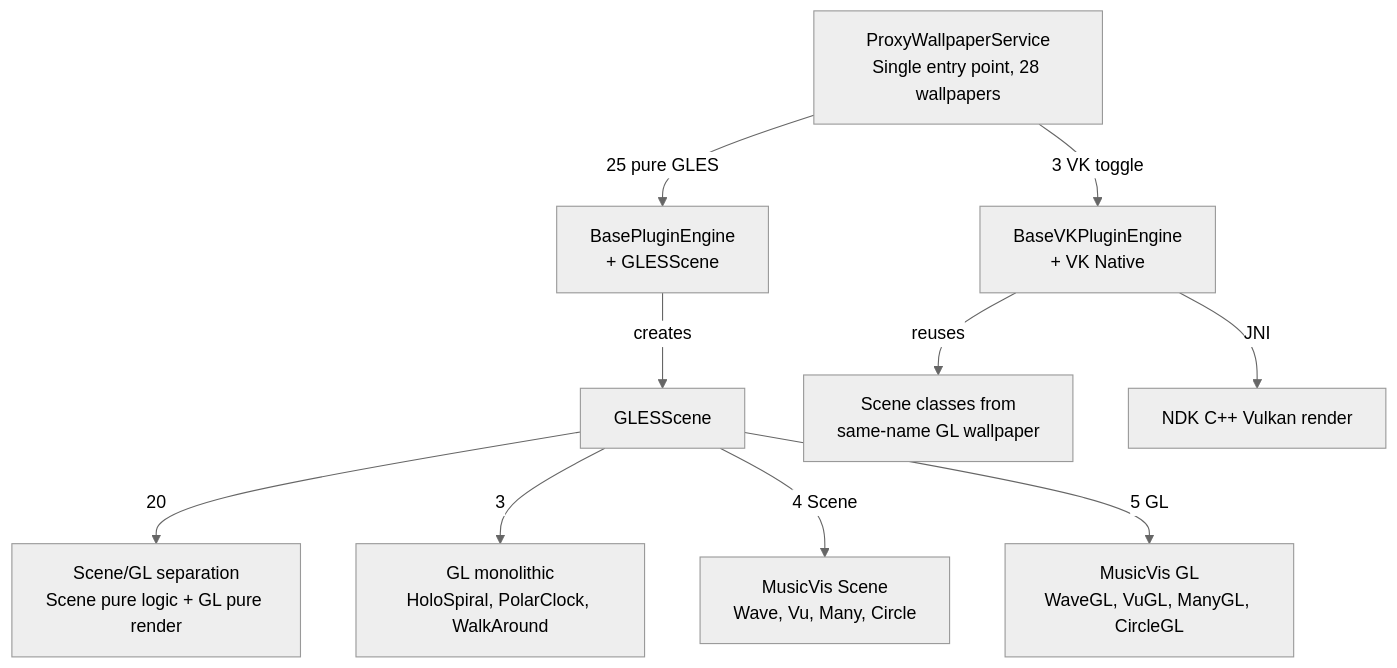
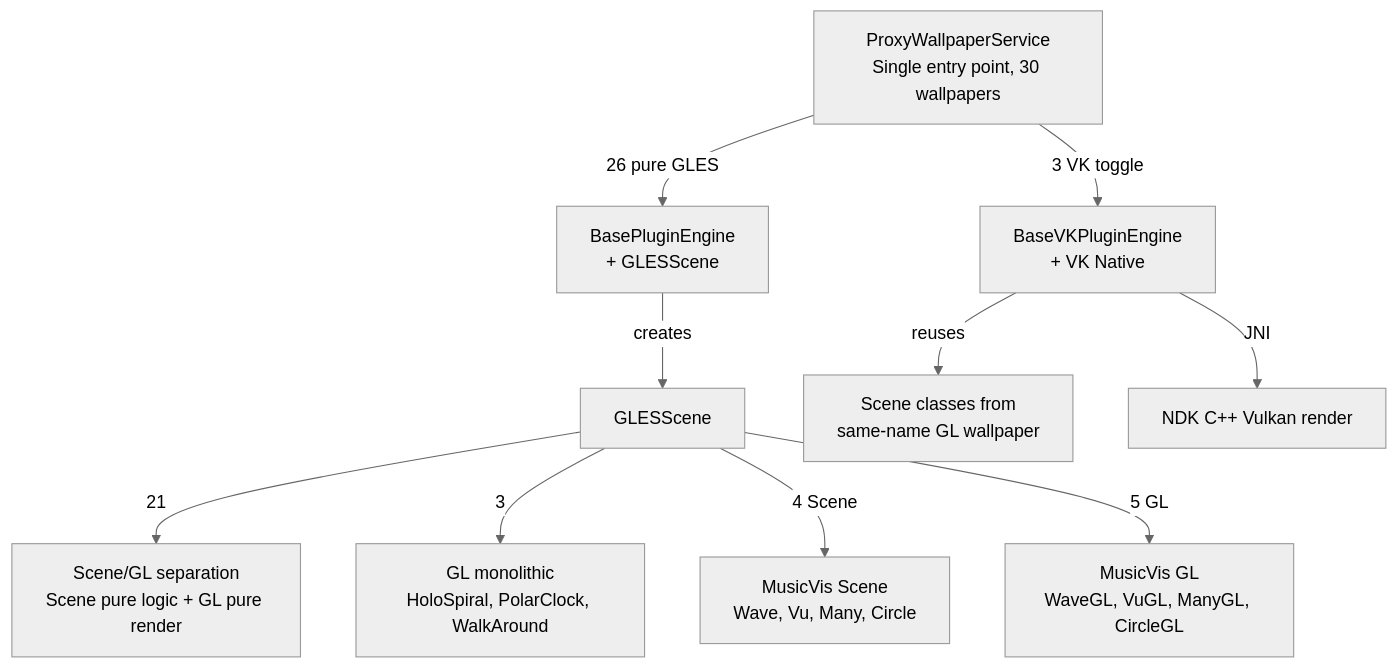
Before and after one commit to dynnbw/RE-Android-Live-Wallpapers: the first of 3 diagrams in README-en.md, drawn with Mermaid (neutral theme). The commit also changed other lines of this file and 1 other file, not shown here.

Commit message:
feat: Update the README file, adding information on the number of wallpapers and Vulkan backend support

````diff
--- a/README-en.md
+++ b/README-en.md
@@ -294,16 +308,16 @@
 ```mermaid
 graph TD
-    WS[ProxyWallpaperService<br/>Single entry point, 28 wallpapers]
+    WS[ProxyWallpaperService<br/>Single entry point, 30 wallpapers]
 
-    WS -->|25 pure GLES| GLW[BasePluginEngine<br/>+ GLESScene]
+    WS -->|26 pure GLES| GLW[BasePluginEngine<br/>+ GLESScene]
     WS -->|3 VK toggle| VKW[BaseVKPluginEngine<br/>+ VK Native]
 
     GLW -->|creates| GLS[GLESScene]
-    GLS -->|20| SPLIT[Scene/GL separation<br/>Scene pure logic + GL pure render]
+    GLS -->|21| SPLIT[Scene/GL separation<br/>Scene pure logic + GL pure render]
     GLS -->|3| MONO[GL monolithic<br/>HoloSpiral, PolarClock, WalkAround]
     GLS -->|4 Scene| MV[MusicVis Scene<br/>Wave, Vu, Many, Circle]
     GLS -->|5 GL| MVGL[MusicVis GL<br/>WaveGL, VuGL, ManyGL, CircleGL]
 
     VKW -->|reuses| REUSE[Scene classes from<br/>same-name GL wallpaper]
     VKW -->|JNI| NATIVE[NDK C++ Vulkan render]
 ```
````
